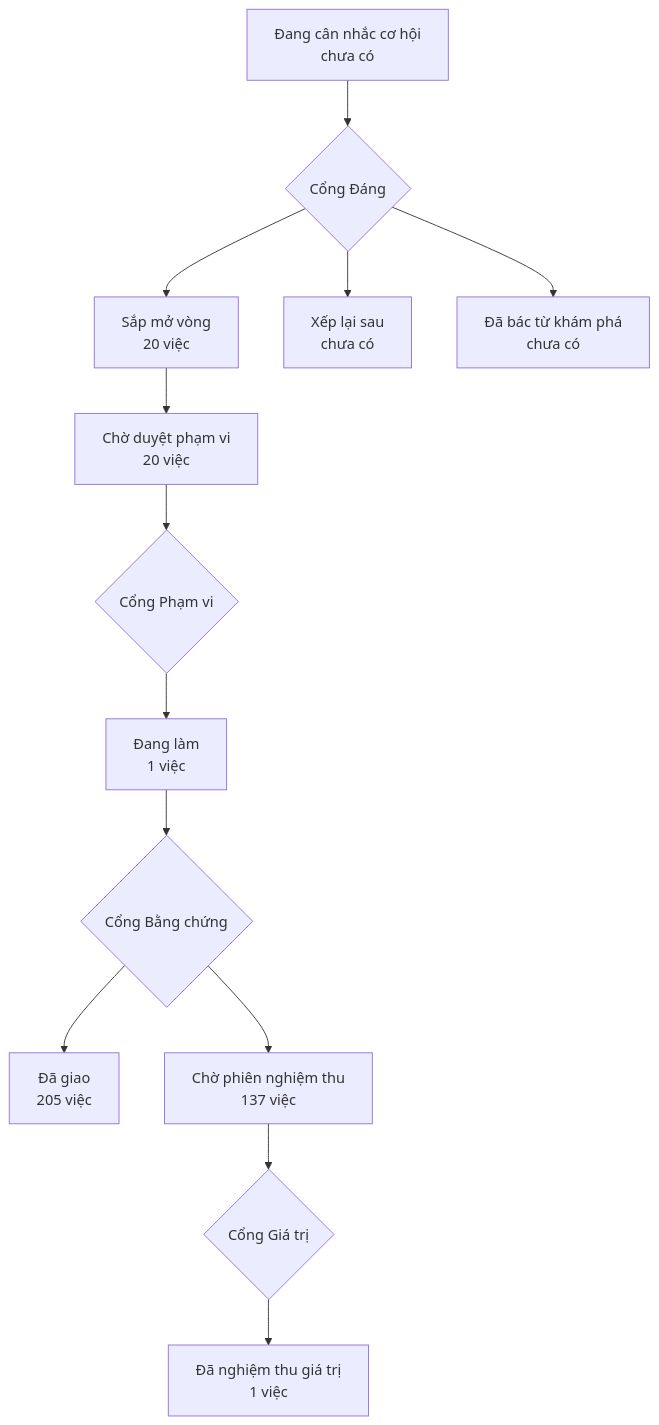
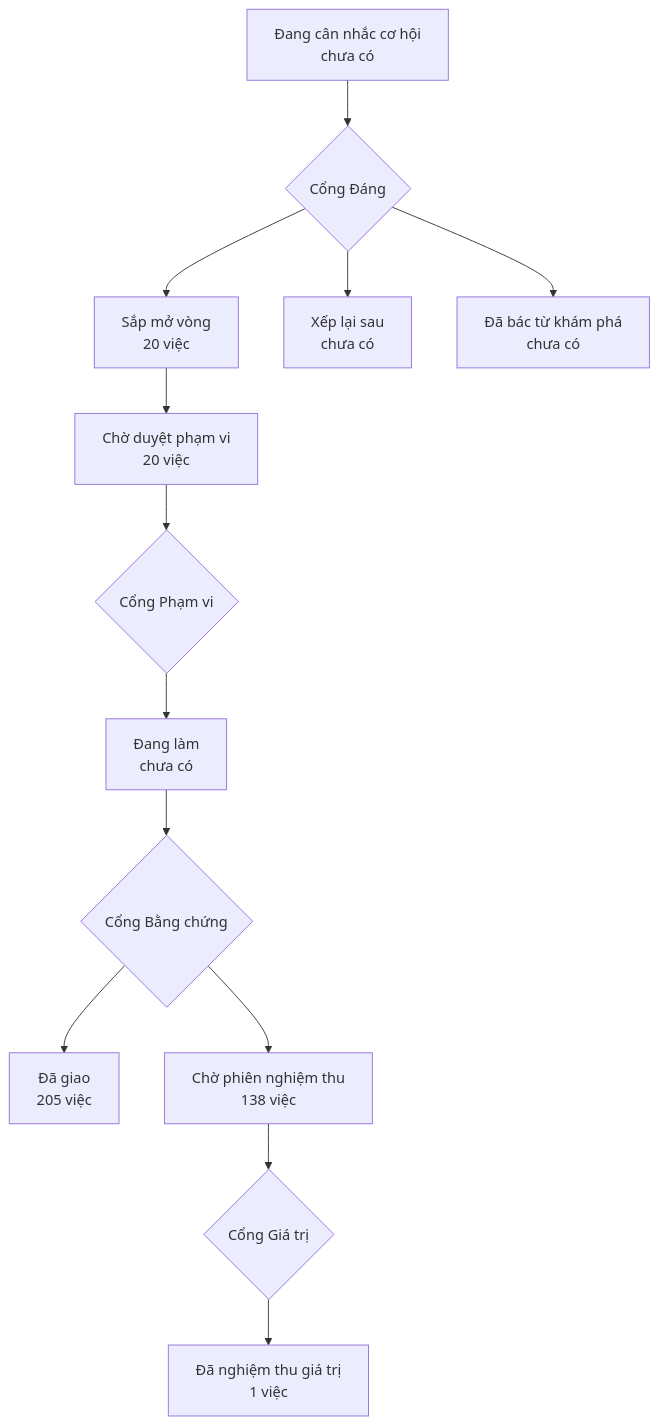
The diagram in PRODUCT-MAP.md (phanlemanh/onehub-invest), drawn with Mermaid before and after one commit. The commit also changed other lines of this file and 7 other files, not shown here.

````diff
--- a/PRODUCT-MAP.md
+++ b/PRODUCT-MAP.md
@@ -7,12 +7,12 @@
 ```mermaid
 flowchart TD
   A["Đang cân nhắc cơ hội<br/>chưa có"] --> GD{"Cổng Đáng"}
   GD --> B["Sắp mở vòng<br/>20 việc"]
   GD --> XL["Xếp lại sau<br/>chưa có"]
   GD --> DB["Đã bác từ khám phá<br/>chưa có"]
   B --> CD["Chờ duyệt phạm vi<br/>20 việc"] --> GP{"Cổng Phạm vi"}
-  GP --> DL["Đang làm<br/>1 việc"] --> GB{"Cổng Bằng chứng"}
+  GP --> DL["Đang làm<br/>chưa có"] --> GB{"Cổng Bằng chứng"}
   GB --> DG["Đã giao<br/>205 việc"]
-  GB --> CN["Chờ phiên nghiệm thu<br/>137 việc"] --> GG{"Cổng Giá trị"}
+  GB --> CN["Chờ phiên nghiệm thu<br/>138 việc"] --> GG{"Cổng Giá trị"}
   GG --> NT["Đã nghiệm thu giá trị<br/>1 việc"]
 ```
````
